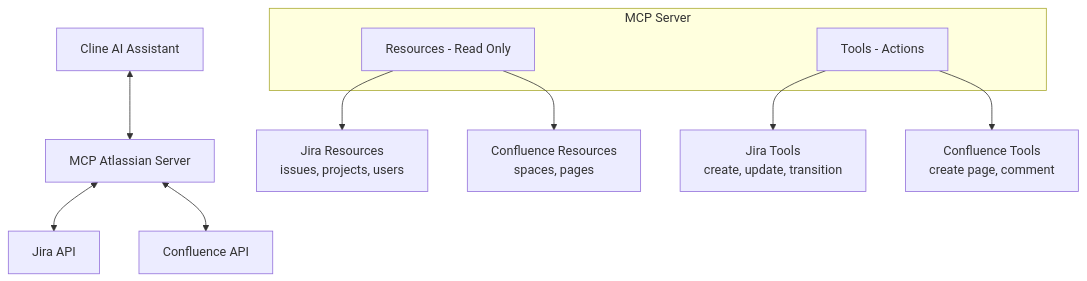
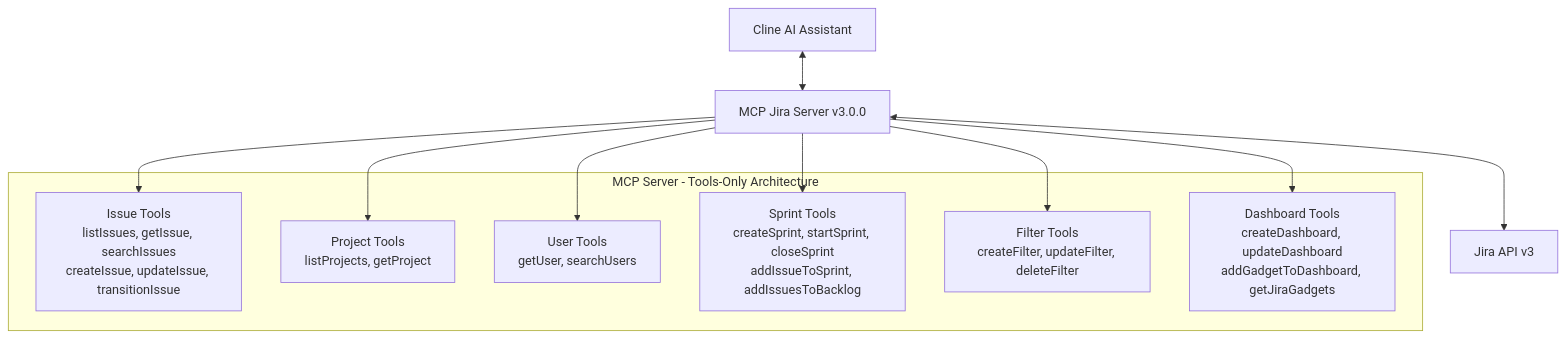
One commit to phuc-nt/jira-cloud-mcp-server changed the first of 2 diagrams in README.md. Above: the diagram before and after it, drawn with Mermaid. The commit also changed other lines of this file and 3 other files, not shown here.

First line of the commit message:
docs: comprehensive user documentation update for v3.0.0 tools-only architecture

````diff
--- a/README.md
+++ b/README.md
@@ -57,16 +64,21 @@
 ```mermaid
 graph TD
-    AI[Cline AI Assistant] <--> MCP[MCP Atlassian Server]
-    MCP <--> JiraAPI[Jira API]
-    MCP <--> ConfAPI[Confluence API]
+    AI[Cline AI Assistant] <--> MCP[MCP Jira Server v3.0.0]
+    MCP <--> JiraAPI[Jira API v3]
     
-    subgraph "MCP Server"
-        Resources[Resources - Read Only] 
-        Tools[Tools - Actions]
+    subgraph "MCP Server - Tools-Only Architecture"
+        IssueTools[Issue Tools<br/>listIssues, getIssue, searchIssues<br/>createIssue, updateIssue, transitionIssue]
+        ProjectTools[Project Tools<br/>listProjects, getProject]
+        UserTools[User Tools<br/>getUser, searchUsers]
+        SprintTools[Sprint Tools<br/>createSprint, startSprint, closeSprint<br/>addIssueToSprint, addIssuesToBacklog]
+        FilterTools[Filter Tools<br/>createFilter, updateFilter, deleteFilter]
+        DashTools[Dashboard Tools<br/>createDashboard, updateDashboard<br/>addGadgetToDashboard, getJiraGadgets]
     end
     
-    Resources --> JiraRes[Jira Resources<br/>issues, projects, users]
-    Resources --> ConfRes[Confluence Resources<br/>spaces, pages]
-    Tools --> JiraTools[Jira Tools<br/>create, update, transition]
-    Tools --> ConfTools[Confluence Tools<br/>create page, comment]
+    MCP --> IssueTools
+    MCP --> ProjectTools  
+    MCP --> UserTools
+    MCP --> SprintTools
+    MCP --> FilterTools
+    MCP --> DashTools
 ```
````
